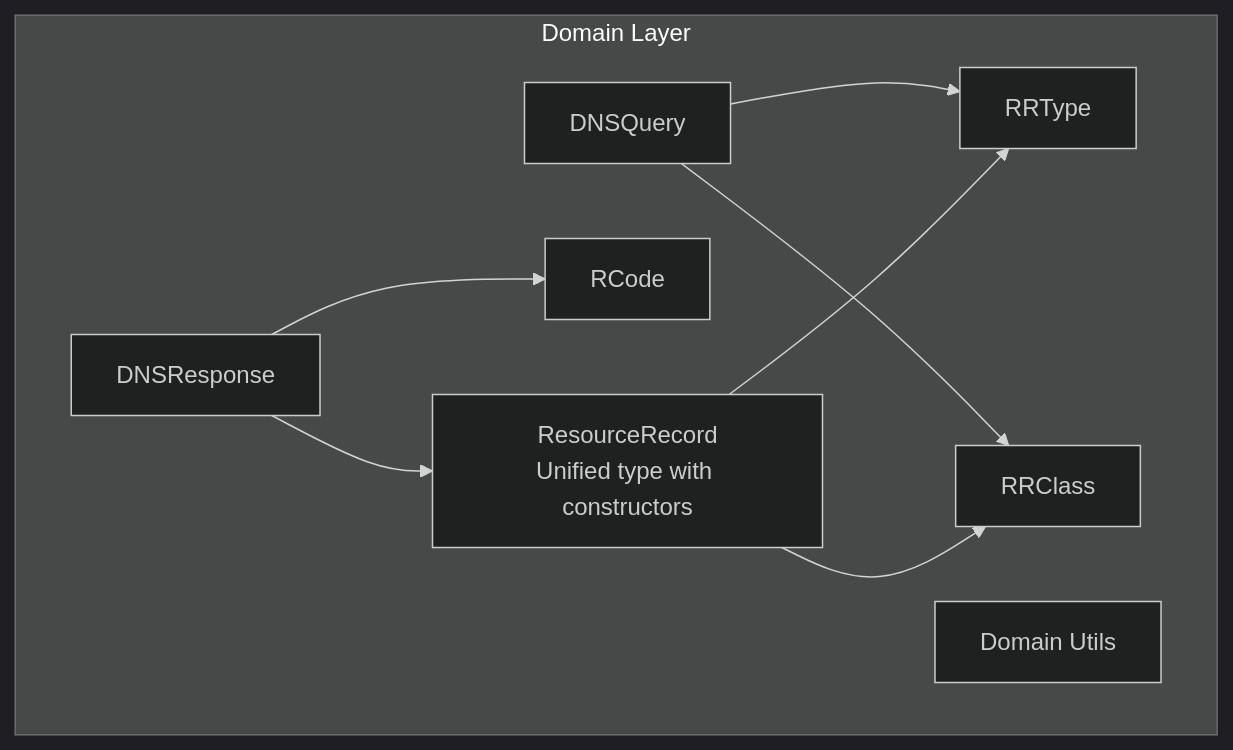
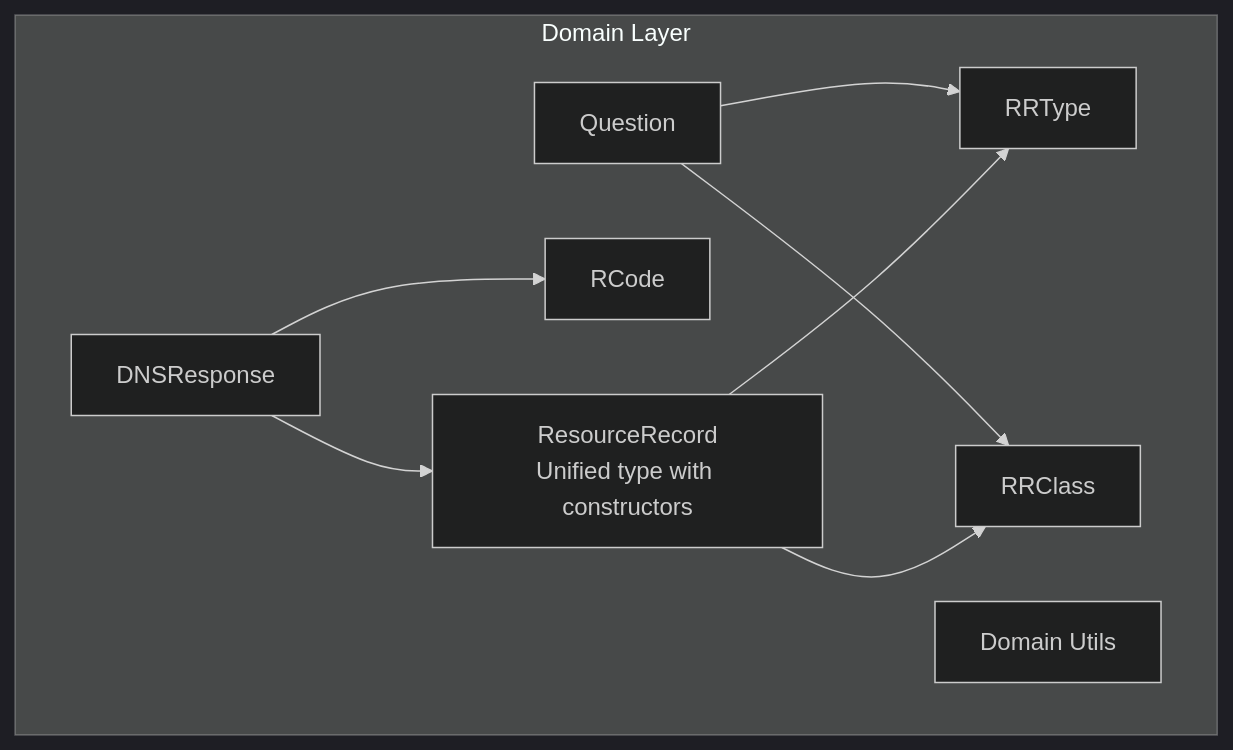
Before and after one commit to haukened/rr-dns: the fifth of 9 diagrams in docs/arc42.md, drawn with Mermaid (dark theme). The commit also changed other lines of this file and 14 other files, not shown here.

Commit message:
refactor: rename DNSQuery to Question across documentation and codebase

````diff
--- a/docs/arc42.md
+++ b/docs/arc42.md
@@ -209,19 +209,19 @@
 ```mermaid
 graph TD
     subgraph "Domain Layer"
-        DNSQuery[DNSQuery]
+    Question[Question]
         DNSResponse[DNSResponse]
         ResourceRecord[ResourceRecord<br/>Unified type with constructors]
         RRType[RRType]
         RRClass[RRClass]
         RCode[RCode]
         Utils[Domain Utils]
     end
     
-    DNSQuery --> RRType
-    DNSQuery --> RRClass
+    Question --> RRType
+    Question --> RRClass
     DNSResponse --> RCode
     DNSResponse --> ResourceRecord
     ResourceRecord --> RRType
     ResourceRecord --> RRClass
 ```
````
